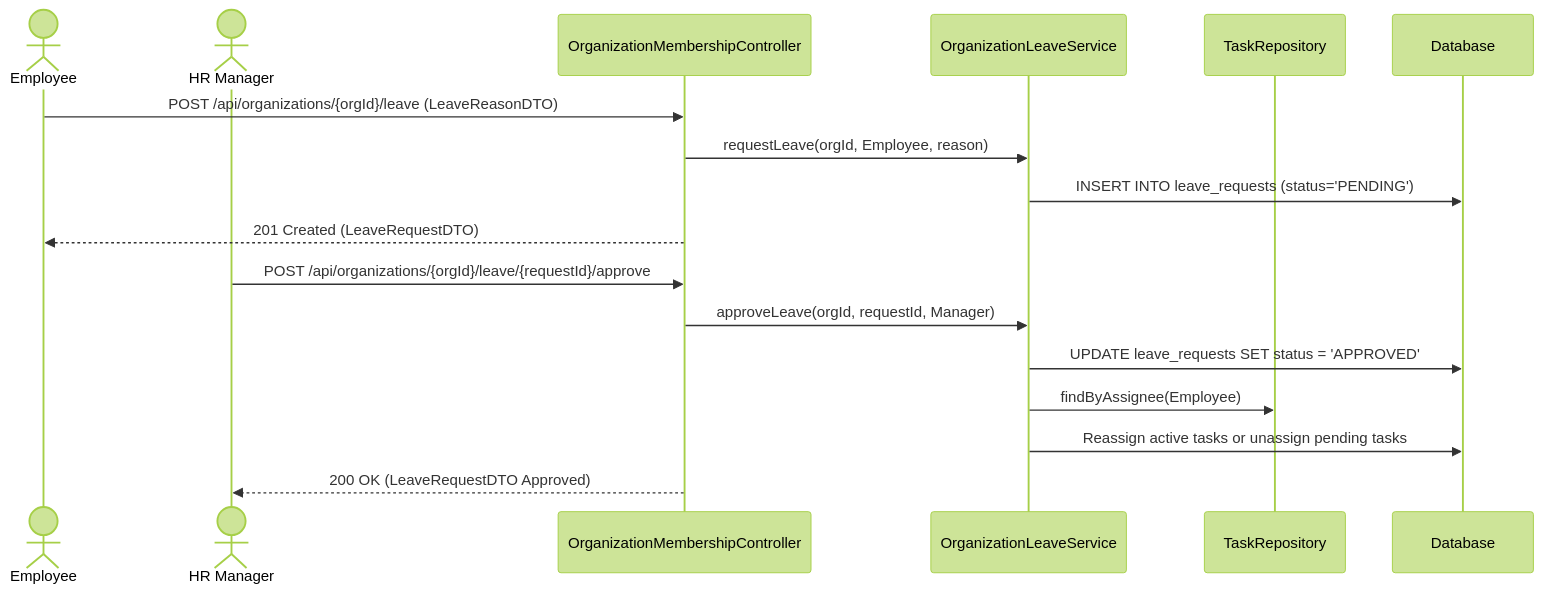
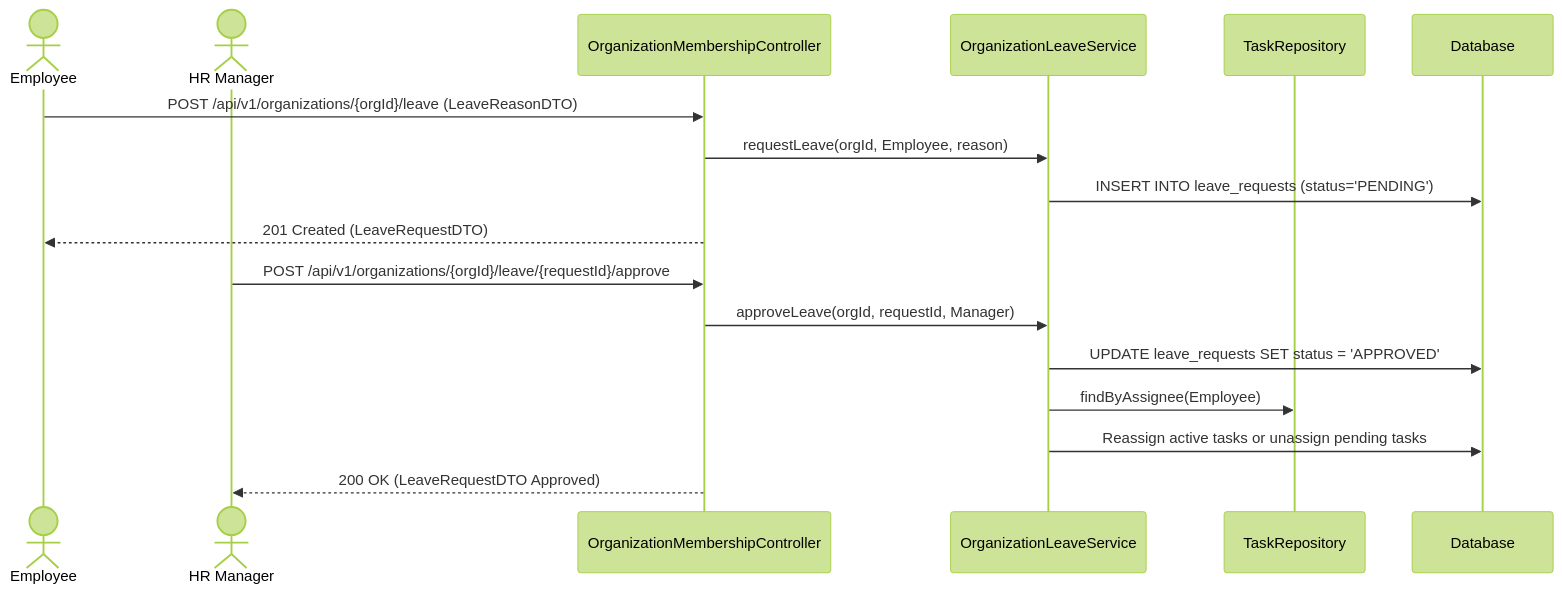
The third of 13 diagrams in docs/workflows.md (srikarthickeyanganapathy/Ryokai_backend), drawn with Mermaid (forest theme) before and after one commit. The commit also changed other lines of this file and 32 other files, not shown here.

````diff
--- a/docs/workflows.md
+++ b/docs/workflows.md
@@ -90,21 +90,21 @@
 ```mermaid
 sequenceDiagram
     actor Employee as Employee
     actor Manager as HR Manager
     participant HRCtrl as OrganizationMembershipController
     participant LeaveSvc as OrganizationLeaveService
     participant TaskRepo as TaskRepository
     participant DB as Database
 
-    Employee->>HRCtrl: POST /api/organizations/{orgId}/leave (LeaveReasonDTO)
+    Employee->>HRCtrl: POST /api/v1/organizations/{orgId}/leave (LeaveReasonDTO)
     HRCtrl->>LeaveSvc: requestLeave(orgId, Employee, reason)
     LeaveSvc->>DB: INSERT INTO leave_requests (status='PENDING')
     HRCtrl-->>Employee: 201 Created (LeaveRequestDTO)
 
-    Manager->>HRCtrl: POST /api/organizations/{orgId}/leave/{requestId}/approve
+    Manager->>HRCtrl: POST /api/v1/organizations/{orgId}/leave/{requestId}/approve
     HRCtrl->>LeaveSvc: approveLeave(orgId, requestId, Manager)
     LeaveSvc->>DB: UPDATE leave_requests SET status = 'APPROVED'
     LeaveSvc->>TaskRepo: findByAssignee(Employee)
     LeaveSvc->>DB: Reassign active tasks or unassign pending tasks
     HRCtrl-->>Manager: 200 OK (LeaveRequestDTO Approved)
 ```
````
